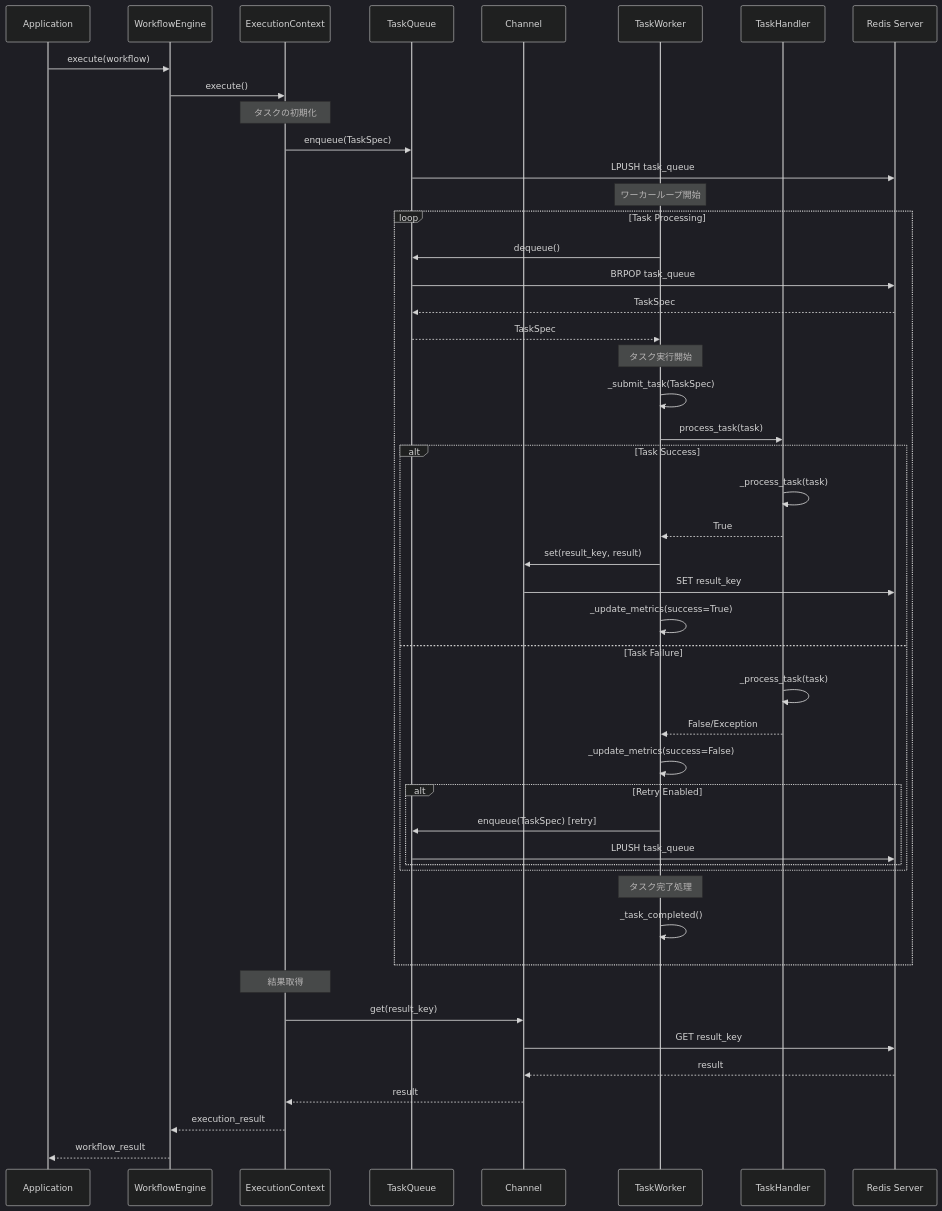
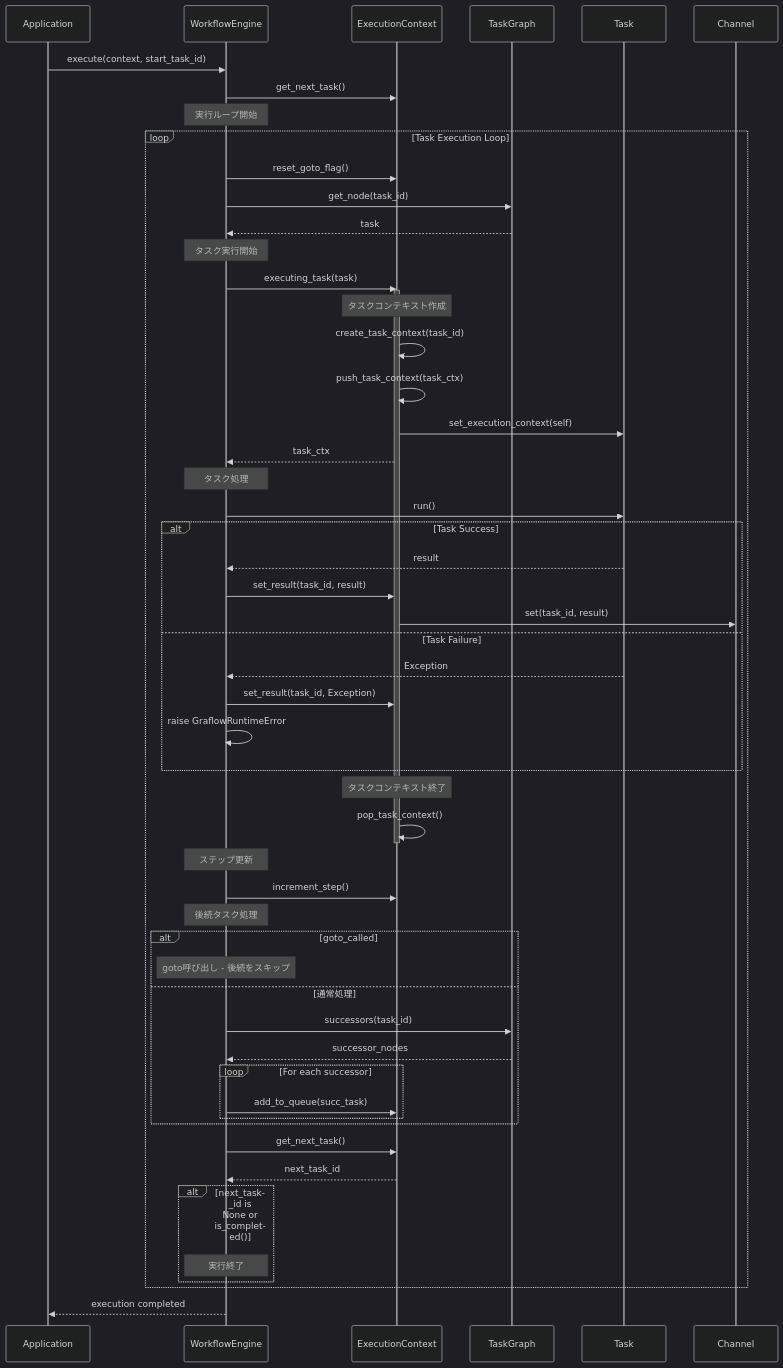
The third of 9 diagrams in docs/architecture_ja.md (GraflowAI/graflow), drawn with Mermaid (dark theme) before and after one commit. The commit also changed other lines of this file, not shown here.

Commit message:
refactor: Revise architecture documentation to enhance clarity and structure of components

````diff
--- a/docs/architecture_ja.md
+++ b/docs/architecture_ja.md
@@ -164,58 +220,69 @@
 ```mermaid
 sequenceDiagram
     participant App as Application
     participant WE as WorkflowEngine
     participant EC as ExecutionContext
-    participant TQ as TaskQueue
+    participant TG as TaskGraph
+    participant Task as Task
     participant CH as Channel
-    participant TW as TaskWorker
-    participant TH as TaskHandler
-    participant Redis as Redis Server
-    
-    App->>WE: execute(workflow)
-    WE->>EC: execute()
-    
-    Note over EC: タスクの初期化
-    EC->>TQ: enqueue(TaskSpec)
-    TQ->>Redis: LPUSH task_queue
-    
-    Note over TW: ワーカーループ開始
-    loop Task Processing
-        TW->>TQ: dequeue()
-        TQ->>Redis: BRPOP task_queue
-        Redis-->>TQ: TaskSpec
-        TQ-->>TW: TaskSpec
-        
-        Note over TW: タスク実行開始
-        TW->>TW: _submit_task(TaskSpec)
-        TW->>TH: process_task(task)
-        
+
+    App->>WE: execute(context, start_task_id)
+    WE->>EC: get_next_task()
+
+    Note over WE: 実行ループ開始
+    loop Task Execution Loop
+        WE->>EC: reset_goto_flag()
+        WE->>TG: get_node(task_id)
+        TG-->>WE: task
+
+        Note over WE: タスク実行開始
+        WE->>EC: executing_task(task)
+        activate EC
+
+        Note over EC: タスクコンテキスト作成
+        EC->>EC: create_task_context(task_id)
+        EC->>EC: push_task_context(task_ctx)
+        EC->>Task: set_execution_context(self)
+        EC-->>WE: task_ctx
+
+        Note over WE: タスク処理
+        WE->>Task: run()
+
         alt Task Success
-            TH->>TH: _process_task(task)
-            TH-->>TW: True
-            TW->>CH: set(result_key, result)
-            CH->>Redis: SET result_key
-            TW->>TW: _update_metrics(success=True)
+            Task-->>WE: result
+            WE->>EC: set_result(task_id, result)
+            EC->>CH: set(task_id, result)
         else Task Failure
-            TH->>TH: _process_task(task)
-            TH-->>TW: False/Exception
-            TW->>TW: _update_metrics(success=False)
-            
-            alt Retry Enabled
-                TW->>TQ: enqueue(TaskSpec) [retry]
-                TQ->>Redis: LPUSH task_queue
+            Task-->>WE: Exception
+            WE->>EC: set_result(task_id, Exception)
+            WE->>WE: raise GraflowRuntimeError
+        end
+
+        Note over EC: タスクコンテキスト終了
+        EC->>EC: pop_task_context()
+        deactivate EC
+
+        Note over WE: ステップ更新
+        WE->>EC: increment_step()
+
+        Note over WE: 後続タスク処理
+        alt goto_called
+            Note over WE: goto呼び出し - 後続をスキップ
+        else 通常処理
+            WE->>TG: successors(task_id)
+            TG-->>WE: successor_nodes
+            loop For each successor
+                WE->>EC: add_to_queue(succ_task)
             end
         end
-        
-        Note over TW: タスク完了処理
-        TW->>TW: _task_completed()
+
+        WE->>EC: get_next_task()
+        EC-->>WE: next_task_id
+
+        alt next_task_id is None or is_completed()
+            Note over WE: 実行終了
+        end
     end
-    
-    Note over EC: 結果取得
-    EC->>CH: get(result_key)
-    CH->>Redis: GET result_key
-    Redis-->>CH: result
-    CH-->>EC: result
-    EC-->>WE: execution_result
-    WE-->>App: workflow_result
+
+    WE-->>App: execution completed
 ```
````
